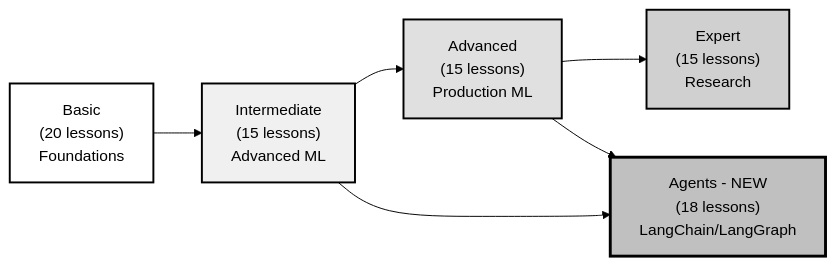
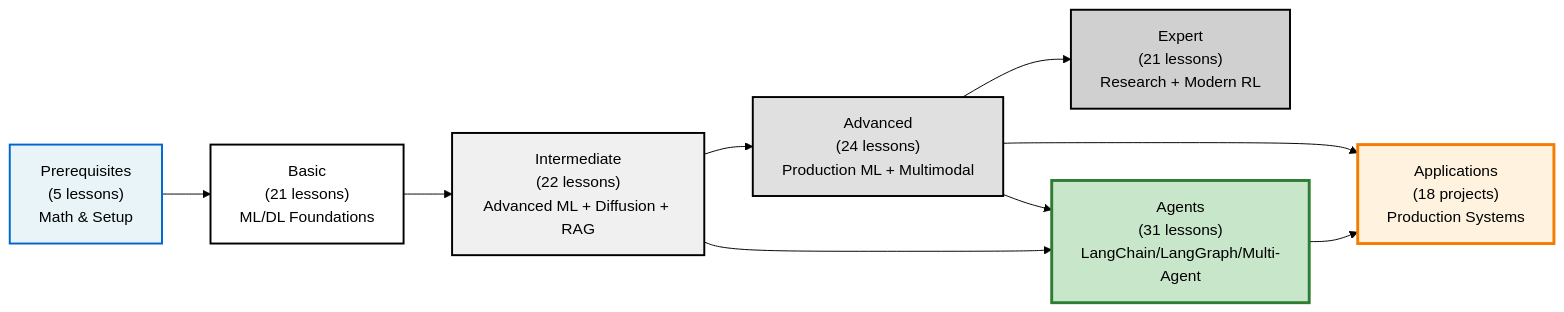
One commit to nexageapps/AI changed the diagram in README.md. Above: the diagram before and after it, drawn with Mermaid (forest theme). The commit also changed other lines of this file and 16 other files, not shown here.

````diff
--- a/README.md
+++ b/README.md
@@ -113,15 +157,21 @@
 ```mermaid
 graph LR
-    A["Basic<br/>(20 lessons)<br/>Foundations"] --> B["Intermediate<br/>(15 lessons)<br/>Advanced ML"]
-    B --> C["Advanced<br/>(15 lessons)<br/>Production ML"]
-    C --> D["Expert<br/>(15 lessons)<br/>Research"]
+    P["Prerequisites<br/>(5 lessons)<br/>Math & Setup"] --> A["Basic<br/>(21 lessons)<br/>ML/DL Foundations"]
+    A --> B["Intermediate<br/>(22 lessons)<br/>Advanced ML + Diffusion + RAG"]
+    B --> C["Advanced<br/>(24 lessons)<br/>Production ML + Multimodal"]
+    C --> D["Expert<br/>(21 lessons)<br/>Research + Modern RL"]
     
-    B --> E["Agents - NEW<br/>(18 lessons)<br/>LangChain/LangGraph"]
+    B --> E["Agents<br/>(31 lessons)<br/>LangChain/LangGraph/Multi-Agent"]
     C --> E
     
+    E --> F["Applications<br/>(18 projects)<br/>Production Systems"]
+    C --> F
+    
+    style P fill:#e8f4f8,stroke:#0066cc,stroke-width:2px,color:#000000
     style A fill:#ffffff,stroke:#000000,stroke-width:2px,color:#000000
     style B fill:#f0f0f0,stroke:#000000,stroke-width:2px,color:#000000
     style C fill:#e0e0e0,stroke:#000000,stroke-width:2px,color:#000000
     style D fill:#d0d0d0,stroke:#000000,stroke-width:2px,color:#000000
-    style E fill:#c0c0c0,stroke:#000000,stroke-width:3px,color:#000000
+    style E fill:#c8e6c9,stroke:#2e7d32,stroke-width:3px,color:#000000
+    style F fill:#fff3e0,stroke:#f57c00,stroke-width:3px,color:#000000
 ```
````
